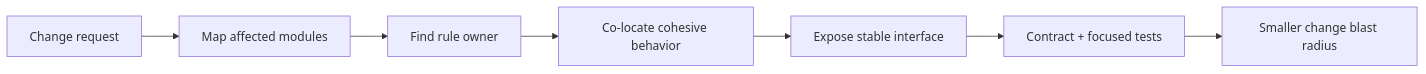
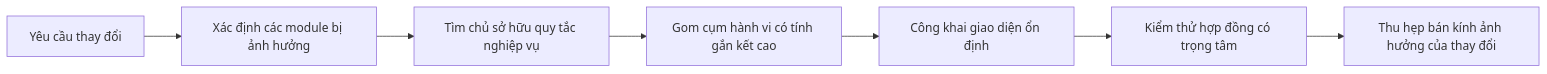
Before and after one commit to thucne/software-development-atlas: the first of 3 diagrams in content/docs/software-architecture/coupling-and-cohesion.vi.mdx, drawn with Mermaid. The commit also changed other lines of this file and 133 other files, not shown here.

````diff
--- a/content/docs/software-architecture/coupling-and-cohesion.vi.mdx
+++ b/content/docs/software-architecture/coupling-and-cohesion.vi.mdx
@@ -53,9 +57,9 @@
 ```mermaid
 flowchart LR
-  R[Change request] --> M[Map affected modules]
-  M --> O[Find rule owner]
-  O --> C[Co-locate cohesive behavior]
-  C --> I[Expose stable interface]
-  I --> T[Contract + focused tests]
-  T --> B[Smaller change blast radius]
+  R[Yêu cầu thay đổi] --> M[Xác định các module bị ảnh hưởng]
+  M --> O[Tìm chủ sở hữu quy tắc nghiệp vụ]
+  O --> C[Gom cụm hành vi có tính gắn kết cao]
+  C --> I[Công khai giao diện ổn định]
+  I --> T[Kiểm thử hợp đồng có trọng tâm]
+  T --> B[Thu hẹp bán kính ảnh hưởng của thay đổi]
 ```
````
